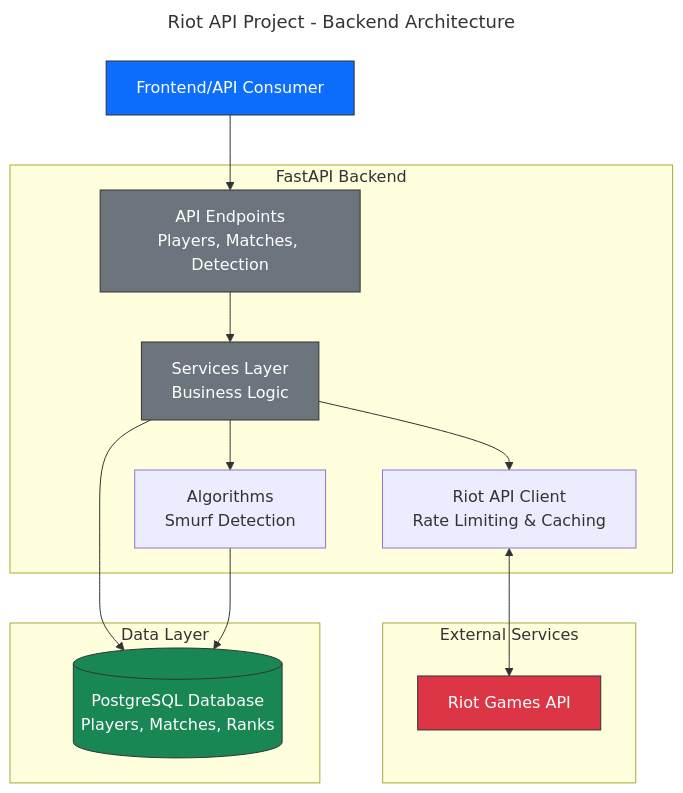
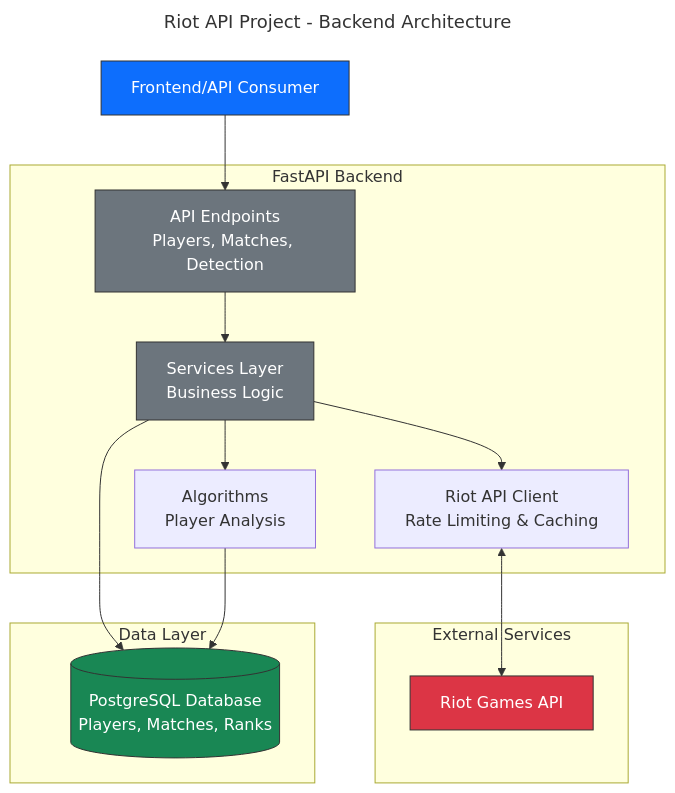
Before and after one commit to SlanyCukr/riot-api-project: the first of 7 diagrams in docs/backend-diagrams.md, drawn with Mermaid. The commit also changed other lines of this file and 35 other files, not shown here.

Commit message:
Updated "Smurf Detection" references project-wide, changed Settings header card

````diff
--- a/docs/backend-diagrams.md
+++ b/docs/backend-diagrams.md
@@ -7,37 +7,37 @@
 ```mermaid
 ---
 title: Riot API Project - Backend Architecture
 config:
   theme: default
 ---
 graph TB
     subgraph "External Services"
         RIOT[Riot Games API]
     end
 
     subgraph "FastAPI Backend"
         API[API Endpoints<br/>Players, Matches, Detection]
         SVC[Services Layer<br/>Business Logic]
-        ALG[Algorithms<br/>Smurf Detection]
+        ALG[Algorithms<br/>Player Analysis]
         RIOT_CLIENT[Riot API Client<br/>Rate Limiting & Caching]
 
         API --> SVC
         SVC --> ALG
         SVC --> RIOT_CLIENT
     end
 
     subgraph "Data Layer"
         DB[(PostgreSQL Database<br/>Players, Matches, Ranks)]
     end
 
     CLIENT[Frontend/API Consumer] --> API
     RIOT_CLIENT <--> RIOT
     SVC --> DB
     ALG --> DB
 
     style RIOT fill:#DC3545,stroke:#333,color:#fff
     style CLIENT fill:#0D6EFD,stroke:#333,color:#fff
     style DB fill:#198754,stroke:#333,color:#fff
     style API fill:#6C757D,stroke:#333,color:#fff
     style SVC fill:#6C757D,stroke:#333,color:#fff
 ```
````
